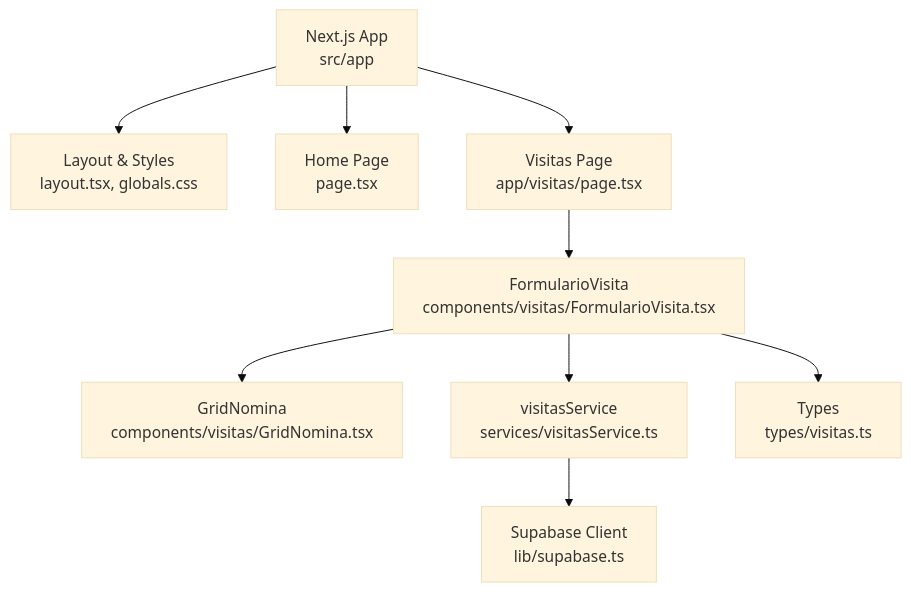
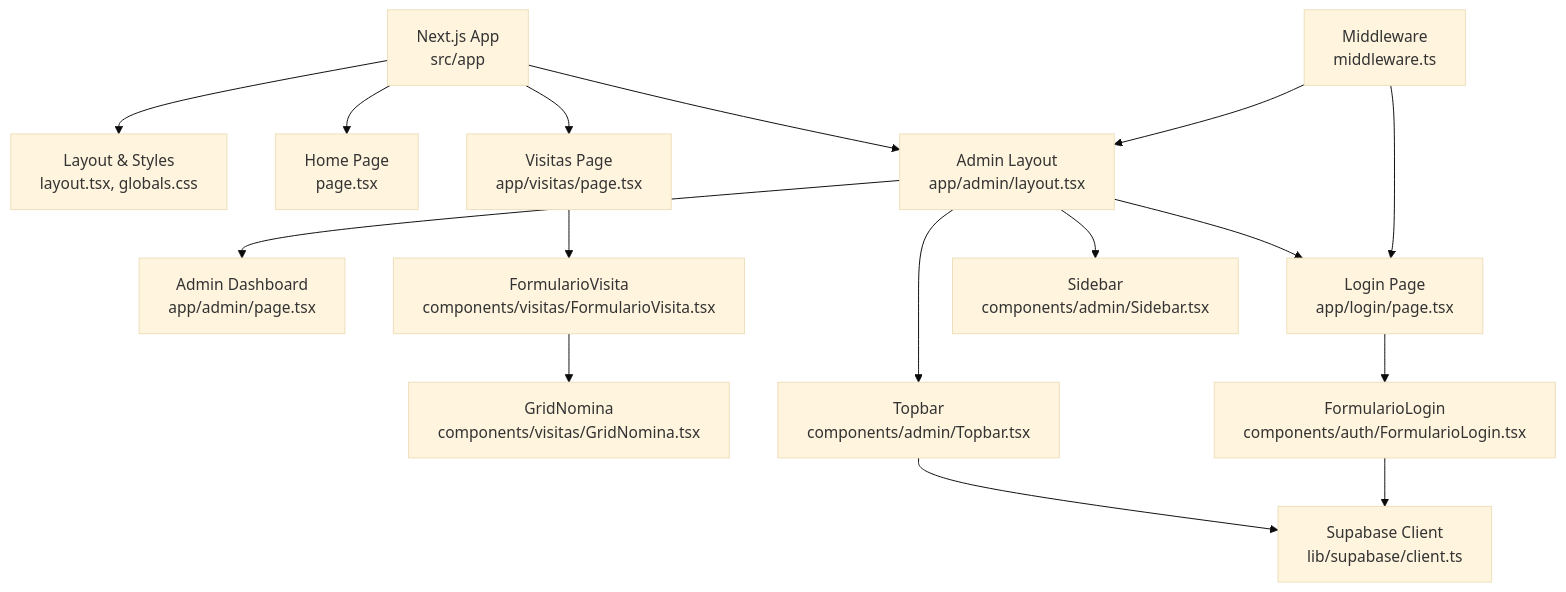
Before and after one commit to AgusCatra/simu-twin-web: the first of 7 diagrams in .qoder/repowiki/en/content/Application Structure & Organization/Administrative Panel.md, drawn with Mermaid (base theme). The commit also changed other lines of this file and 16 other files, not shown here.

````diff
--- a/.qoder/repowiki/en/content/Application Structure & Organization/Administrative Panel.md
+++ b/.qoder/repowiki/en/content/Application Structure & Organization/Administrative Panel.md
@@ -42,11 +61,18 @@
 ```mermaid
 graph TB
 A["Next.js App<br/>src/app"] --> B["Layout & Styles<br/>layout.tsx, globals.css"]
 A --> C["Home Page<br/>page.tsx"]
 A --> D["Visitas Page<br/>app/visitas/page.tsx"]
-D --> E["FormularioVisita<br/>components/visitas/FormularioVisita.tsx"]
-E --> F["GridNomina<br/>components/visitas/GridNomina.tsx"]
-E --> G["visitasService<br/>services/visitasService.ts"]
-G --> H["Supabase Client<br/>lib/supabase.ts"]
-E --> I["Types<br/>types/visitas.ts"]
+A --> E["Admin Layout<br/>app/admin/layout.tsx"]
+E --> F["Admin Dashboard<br/>app/admin/page.tsx"]
+E --> G["Login Page<br/>app/login/page.tsx"]
+D --> H["FormularioVisita<br/>components/visitas/FormularioVisita.tsx"]
+H --> I["GridNomina<br/>components/visitas/GridNomina.tsx"]
+E --> J["Topbar<br/>components/admin/Topbar.tsx"]
+E --> K["Sidebar<br/>components/admin/Sidebar.tsx"]
+G --> L["FormularioLogin<br/>components/auth/FormularioLogin.tsx"]
+J --> M["Supabase Client<br/>lib/supabase/client.ts"]
+L --> M
+N["Middleware<br/>middleware.ts"] --> E
+N --> G
 ```
````
